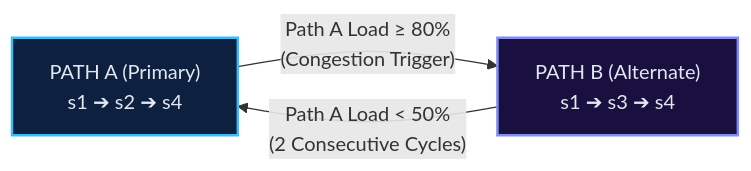
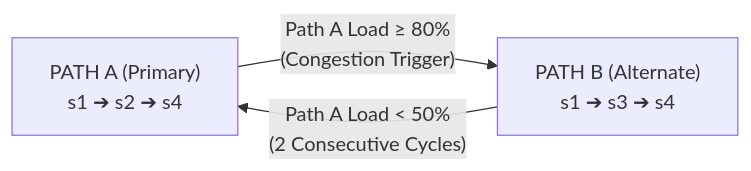
One commit to rhaffle87/sdn-project changed the diagram in docs/algorithms.md. Above: the diagram before and after it, drawn with Mermaid. The commit also changed 4 other files, not shown here.

````diff
--- a/docs/algorithms.md
+++ b/docs/algorithms.md
@@ -232,11 +232,8 @@
 ```mermaid
 flowchart LR
     PathA["PATH A (Primary)<br/>s1 ➔ s2 ➔ s4"]
     PathB["PATH B (Alternate)<br/>s1 ➔ s3 ➔ s4"]
 
     PathA -->|"Path A Load ≥ 80%<br/>(Congestion Trigger)"| PathB
     PathB -->|"Path A Load < 50%<br/>(2 Consecutive Cycles)"| PathA
-
-    style PathA fill:#0d2040,stroke:#38bdf8,stroke-width:2px,color:#e2e8f0
-    style PathB fill:#1a1040,stroke:#818cf8,stroke-width:2px,color:#e2e8f0
 ```
````
